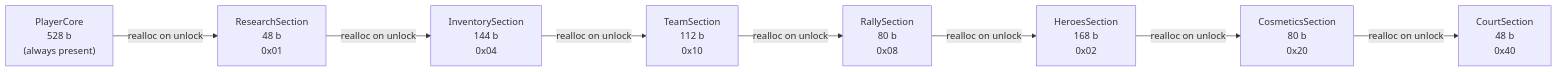
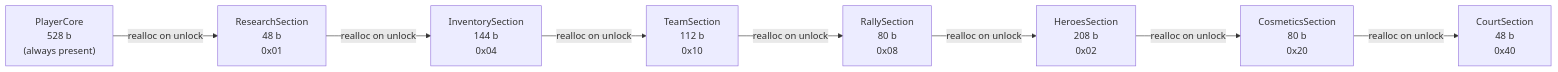
Before and after one commit to crypt0miester/novus-mundus: the second of 7 diagrams in docs/onchain/01-architecture/accounts.md, drawn with Mermaid. The commit also changed other lines of this file and 202 other files, not shown here.

````diff
--- a/docs/onchain/01-architecture/accounts.md
+++ b/docs/onchain/01-architecture/accounts.md
@@ -59,19 +59,19 @@
 ```mermaid
 graph LR
     PC["PlayerCore<br/>528 b<br/>(always present)"]
     RS["ResearchSection<br/>48 b<br/>0x01"]
     IS["InventorySection<br/>144 b<br/>0x04"]
     TS["TeamSection<br/>112 b<br/>0x10"]
     RA["RallySection<br/>80 b<br/>0x08"]
-    HS["HeroesSection<br/>168 b<br/>0x02"]
+    HS["HeroesSection<br/>208 b<br/>0x02"]
     CS["CosmeticsSection<br/>80 b<br/>0x20"]
     CT["CourtSection<br/>48 b<br/>0x40"]
 
     PC -->|"realloc on unlock"| RS
     RS -->|"realloc on unlock"| IS
     IS -->|"realloc on unlock"| TS
     TS -->|"realloc on unlock"| RA
     RA -->|"realloc on unlock"| HS
     HS -->|"realloc on unlock"| CS
     CS -->|"realloc on unlock"| CT
 ```
````
